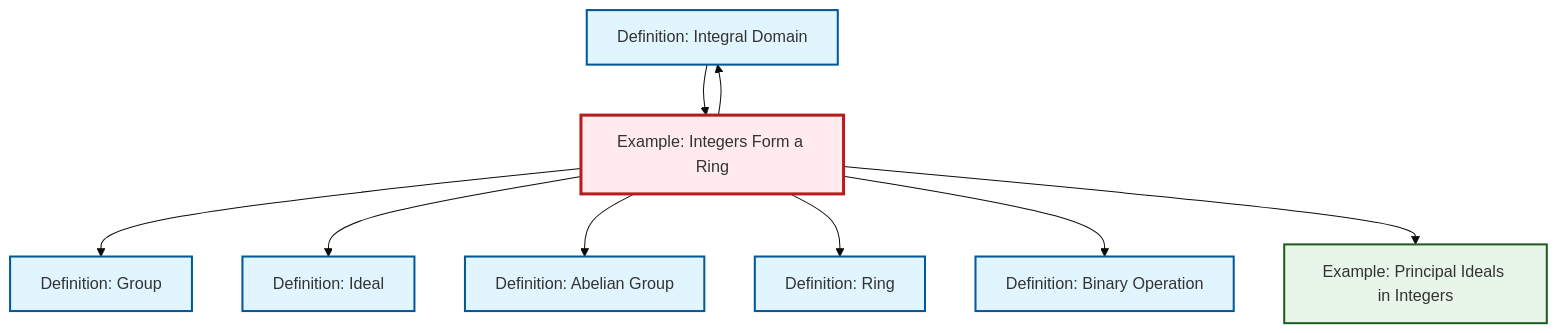
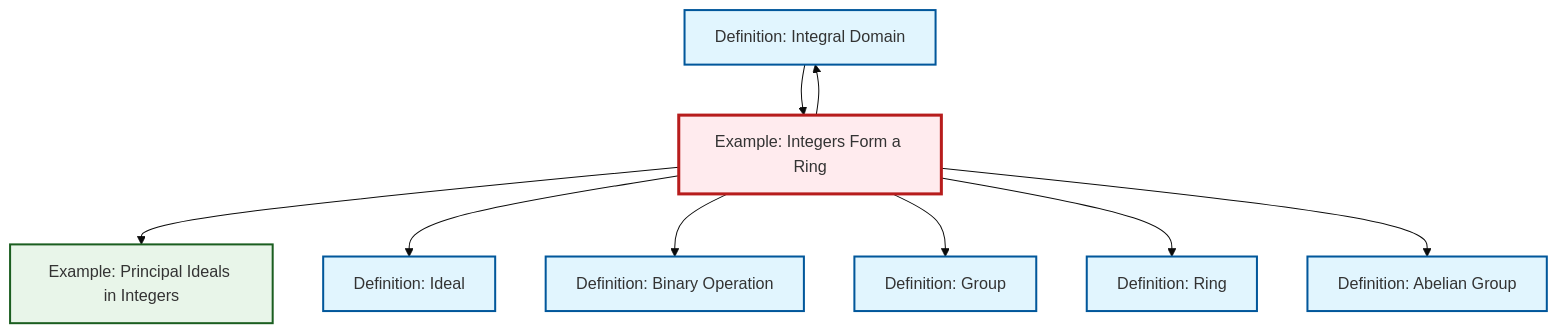
One commit to RK0429/ModernMath changed the diagram in content/ja/algebra/ex-integers-ring.qmd. Above: the diagram before and after it, drawn with Mermaid (base theme). The commit also changed other lines of this file and 634 other files, not shown here.

First line of the commit message:
feat: Add prime ideal definition with comprehensive cross-references

````diff
--- a/content/ja/algebra/ex-integers-ring.qmd
+++ b/content/ja/algebra/ex-integers-ring.qmd
@@ -65,33 +65,33 @@
 ```{mermaid}
 %%| fig-cap: "Local dependency graph"
 graph TD
     classDef definition fill:#e1f5fe,stroke:#01579b,stroke-width:2px
     classDef theorem fill:#f3e5f5,stroke:#4a148c,stroke-width:2px
     classDef axiom fill:#fff3e0,stroke:#e65100,stroke-width:2px
     classDef example fill:#e8f5e9,stroke:#1b5e20,stroke-width:2px
     classDef current fill:#ffebee,stroke:#b71c1c,stroke-width:3px
+    def-group["Definition: Group"]:::definition
+    def-abelian-group["Definition: Abelian Group"]:::definition
     def-binary-operation["Definition: Binary Operation"]:::definition
-    def-abelian-group["Definition: Abelian Group"]:::definition
+    def-ring["Definition: Ring"]:::definition
+    ex-principal-ideal["Example: Principal Ideals in Integers"]:::example
     def-integral-domain["Definition: Integral Domain"]:::definition
-    def-group["Definition: Group"]:::definition
     ex-integers-ring["Example: Integers Form a Ring"]:::example
     def-ideal["Definition: Ideal"]:::definition
-    ex-principal-ideal["Example: Principal Ideals in Integers"]:::example
-    def-ring["Definition: Ring"]:::definition
+    ex-integers-ring --> def-integral-domain
+    ex-integers-ring --> ex-principal-ideal
+    ex-integers-ring --> def-ideal
+    ex-integers-ring --> def-binary-operation
+    def-integral-domain --> ex-integers-ring
     ex-integers-ring --> def-group
-    ex-integers-ring --> def-ideal
+    ex-integers-ring --> def-ring
     ex-integers-ring --> def-abelian-group
-    ex-integers-ring --> def-ring
-    ex-integers-ring --> def-binary-operation
-    ex-integers-ring --> def-integral-domain
-    def-integral-domain --> ex-integers-ring
-    ex-integers-ring --> ex-principal-ideal
     class ex-integers-ring current
+    click def-group "def-group.html" "Definition: Groupへ"
+    click def-abelian-group "def-abelian-group.html" "Definition: Abelian Groupへ"
     click def-binary-operation "def-binary-operation.html" "Definition: Binary Operationへ"
-    click def-abelian-group "def-abelian-group.html" "Definition: Abelian Groupへ"
+    click def-ring "def-ring.html" "Definition: Ringへ"
+    click ex-principal-ideal "ex-principal-ideal.html" "Example: Principal Ideals in Integersへ"
     click def-integral-domain "def-integral-domain.html" "Definition: Integral Domainへ"
-    click def-group "def-group.html" "Definition: Groupへ"
     click def-ideal "def-ideal.html" "Definition: Idealへ"
-    click ex-principal-ideal "ex-principal-ideal.html" "Example: Principal Ideals in Integersへ"
-    click def-ring "def-ring.html" "Definition: Ringへ"
 ```
````
